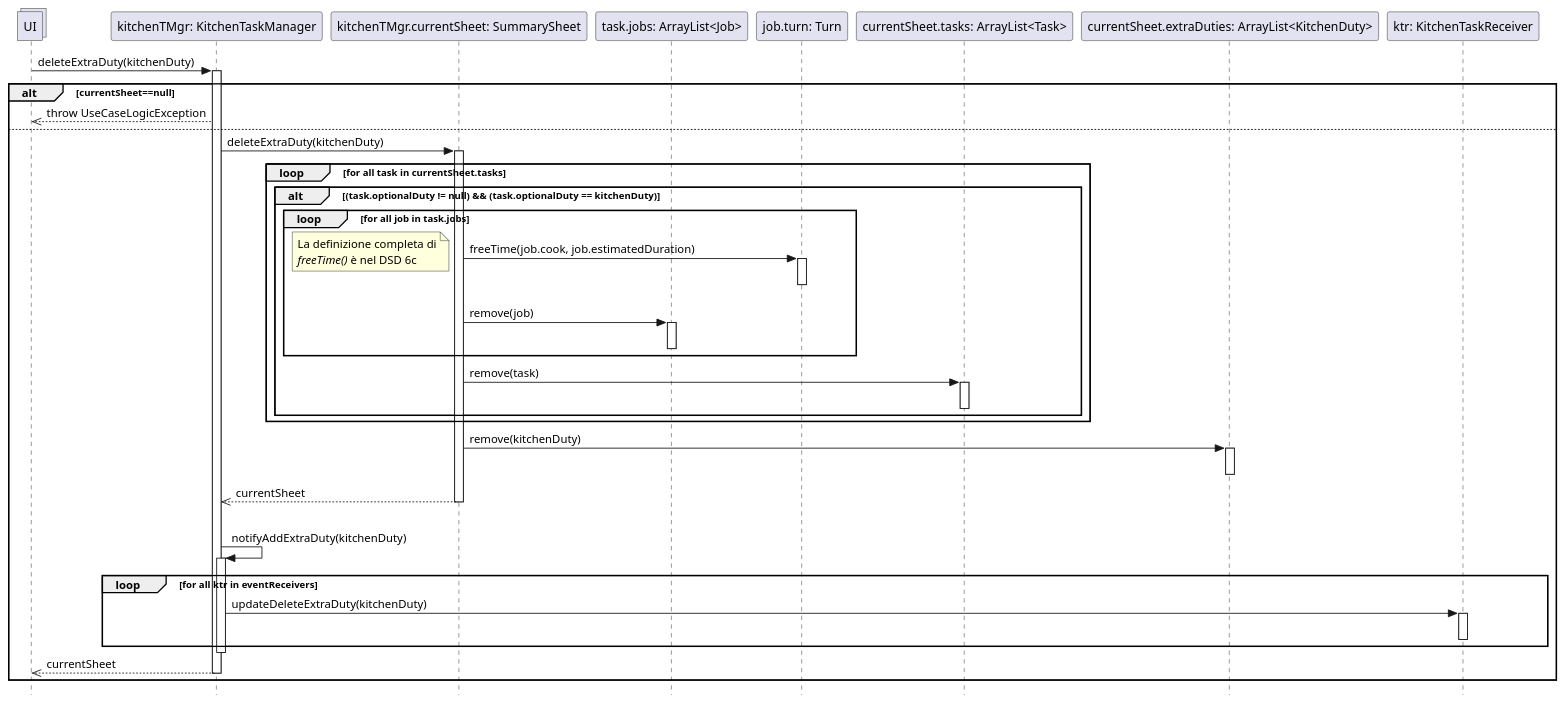
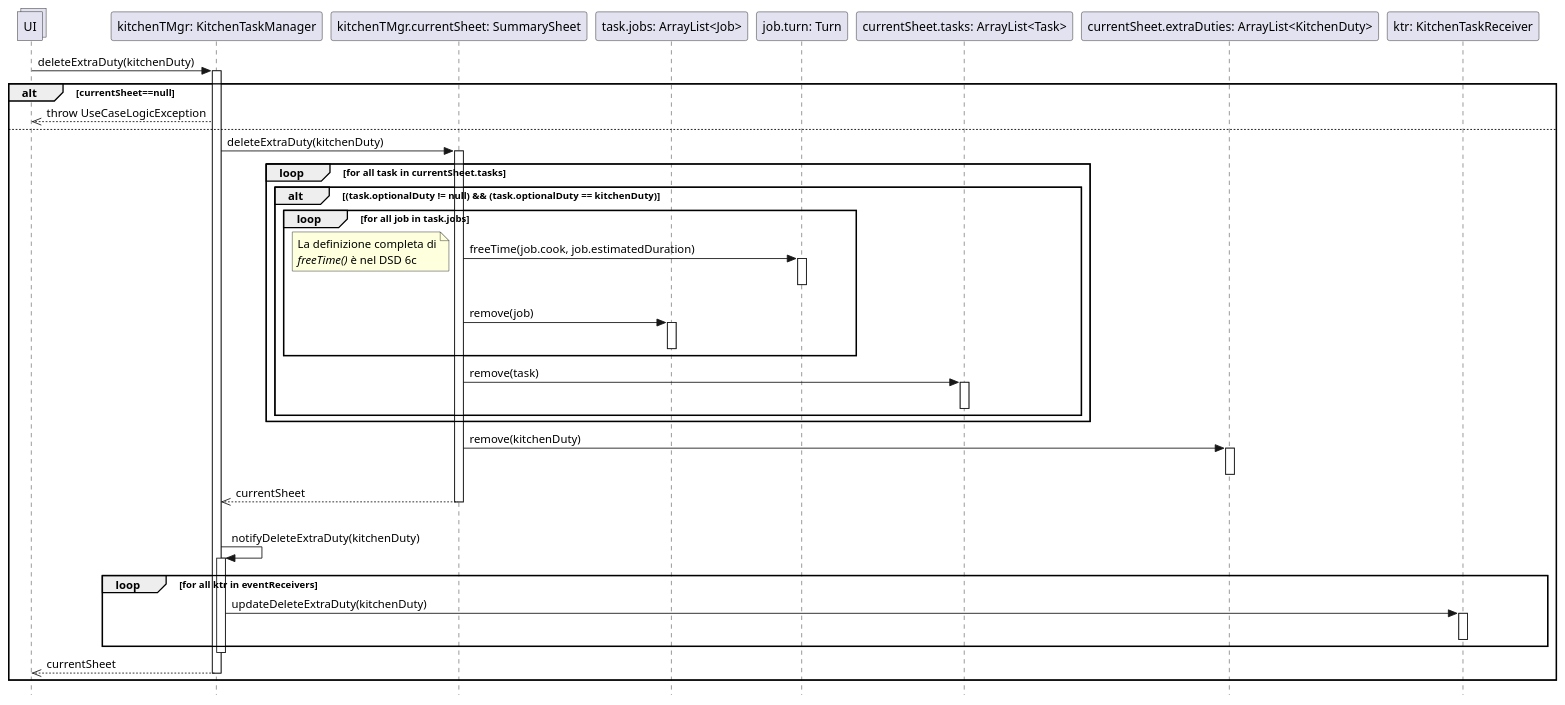
One commit to stefa168/sas-project changed the diagram in UC Gestire Compiti Cucina/Progettazione/DSD Operazione 2a.1.puml. Above: the diagram before and after it, drawn with PlantUML. The commit also changed 3 other files, not shown here.

```diff
--- a/UC Gestire Compiti Cucina/Progettazione/DSD Operazione 2a.1.puml
+++ b/UC Gestire Compiti Cucina/Progettazione/DSD Operazione 2a.1.puml
@@ -1,65 +1,65 @@
 @startuml Operazione 2a.1
 skinparam Style strictuml
 
 collections UI
 
 participant "kitchenTMgr: KitchenTaskManager" as ktm
 UI -> ktm: deleteExtraDuty(kitchenDuty)
 activate ktm
 
 alt currentSheet==null
     UI <<-- ktm: throw UseCaseLogicException
 else
     participant "kitchenTMgr.currentSheet: SummarySheet" as ss
     ktm -> ss: deleteExtraDuty(kitchenDuty)
     activate ss
 
     loop for all task in currentSheet.tasks
         alt (task.optionalDuty != null) && (task.optionalDuty == kitchenDuty)
             loop for all job in task.jobs
                 participant "task.jobs: ArrayList<Job>" as j
                 participant "job.turn: Turn" as jobTurn
 
                 ss -> jobTurn: freeTime(job.cook, job.estimatedDuration)
                 note left: La definizione completa di\n//freeTime()// è nel DSD 6c
                 activate jobTurn
                 deactivate jobTurn
 
                 ss -> j: remove(job)
                 activate j
                 deactivate j
             end
 
             participant "currentSheet.tasks: ArrayList<Task>" as tasks
             ss -> tasks: remove(task)
             activate tasks
             deactivate tasks
         end
     end
     
     participant "currentSheet.extraDuties: ArrayList<KitchenDuty>" as kdList
     ss -> kdList: remove(kitchenDuty)
     activate kdList
     deactivate kdList
     
     ktm <<-- ss: currentSheet
     deactivate ss
 
     participant "ktr: KitchenTaskReceiver" as ktr
     |||
-    ktm -> ktm: notifyAddExtraDuty(kitchenDuty)
+    ktm -> ktm: notifyDeleteExtraDuty(kitchenDuty)
         activate ktm
     loop for all ktr in eventReceivers
         ktm -> ktr : updateDeleteExtraDuty(kitchenDuty)
         activate ktr
         deactivate ktr
     end
     deactivate ktm
 
     UI <<-- ktm : currentSheet
     deactivate ktm
 
     
 end
 
 @enduml
```
